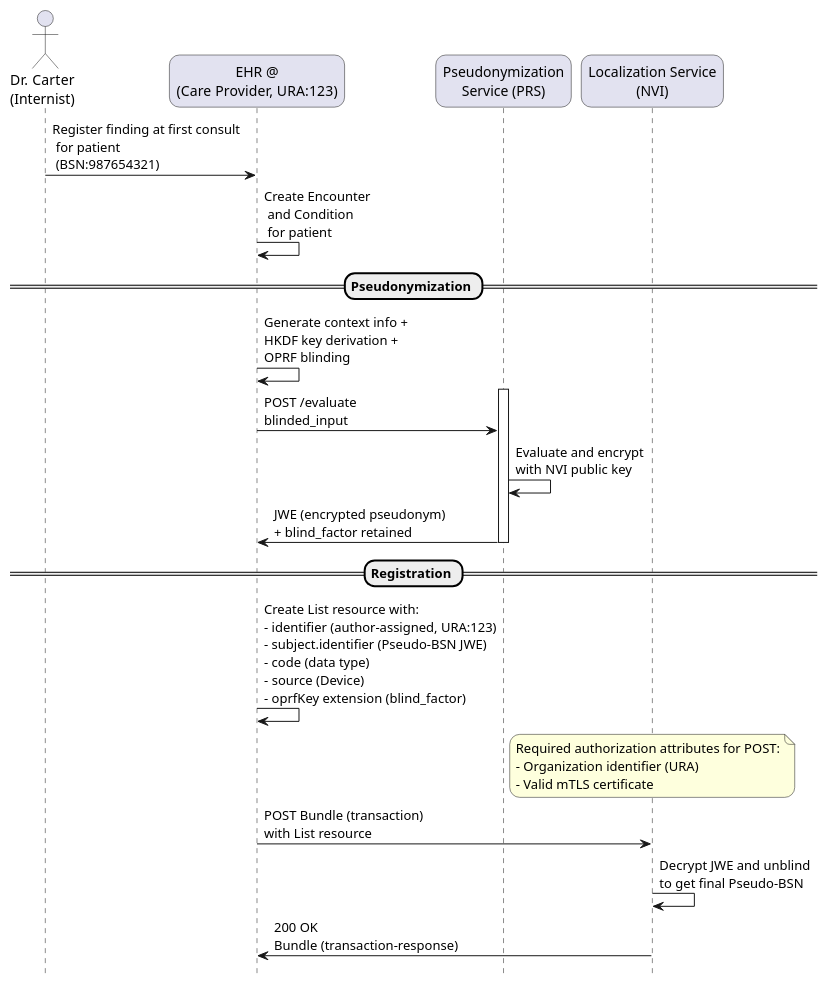
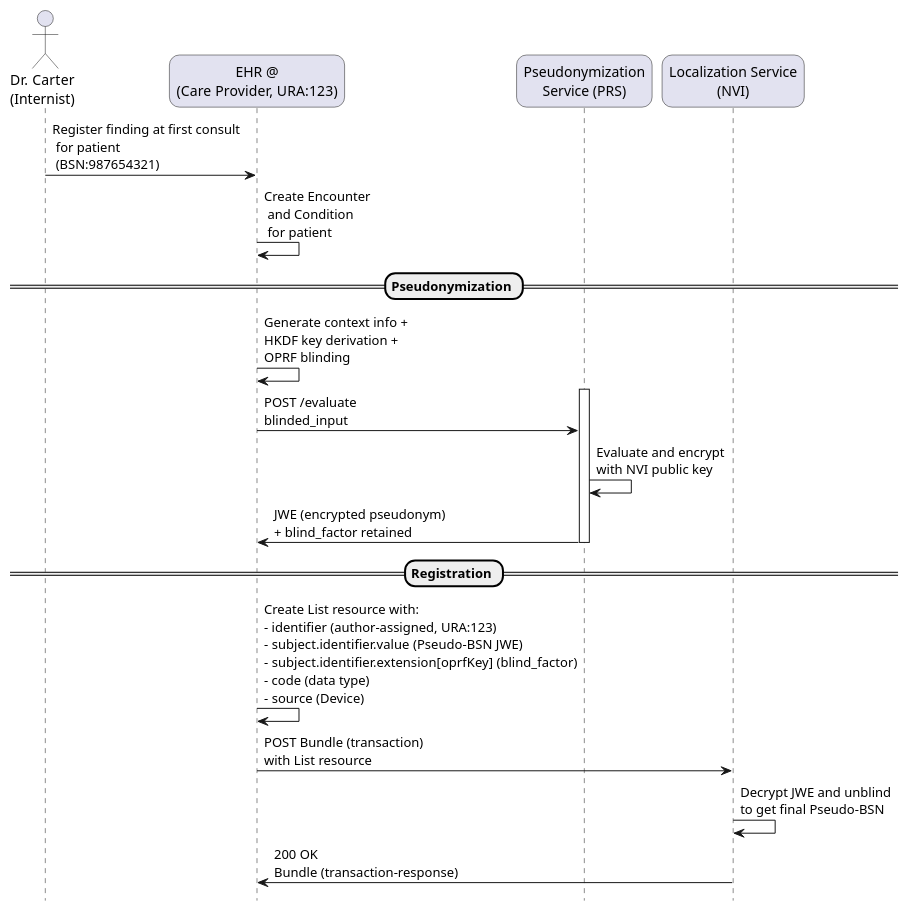
One commit to minvws/generiekefuncties-docs changed the diagram in input/images-source/localization-internist-registration.plantuml. Above: the diagram before and after it, drawn with PlantUML. The commit also changed 4 other files, not shown here.

```diff
--- a/input/images-source/localization-internist-registration.plantuml
+++ b/input/images-source/localization-internist-registration.plantuml
@@ -1,45 +1,39 @@
 @startuml localization-internist-registration
 
 skinparam roundcorner 20
 skinparam defaultFontName Arial 
 hide footbox
 
 !pragma teoz true
 
 actor "Dr. Carter\n(Internist)" as doctor
 participant "EHR @\n(Care Provider, URA:123)" as ehr
 participant "Pseudonymization\nService (PRS)" as prs
 participant "Localization Service\n(NVI)" as nvi
 
 doctor -> ehr: Register finding at first consult\n for patient\n (BSN:987654321)
 ehr -> ehr: Create Encounter\n and Condition\n for patient
 
 == Pseudonymization ==
 
 ehr -> ehr: Generate context info +\nHKDF key derivation +\nOPRF blinding
 
 activate prs
 ehr -> prs: POST /evaluate\nblinded_input
 
 prs -> prs: Evaluate and encrypt\nwith NVI public key
 
 prs -> ehr: JWE (encrypted pseudonym)\n+ blind_factor retained
 deactivate prs
 
 == Registration ==
 
-ehr -> ehr: Create List resource with:\n- identifier (author-assigned, URA:123)\n- subject.identifier (Pseudo-BSN JWE)\n- code (data type)\n- source (Device)\n- oprfKey extension (blind_factor)
-
-note over nvi
-  Required authorization attributes for POST:
-  - Organization identifier (URA)
-  - Valid mTLS certificate
-end note
+ehr -> ehr: Create List resource with:\n- identifier (author-assigned, URA:123)\n- subject.identifier.value (Pseudo-BSN JWE)\n- subject.identifier.extension[oprfKey] (blind_factor)\n- code (data type)\n- source (Device)
 
 ehr -> nvi: POST Bundle (transaction)\nwith List resource
 
 nvi -> nvi: Decrypt JWE and unblind\nto get final Pseudo-BSN
 
 nvi -> ehr: 200 OK\nBundle (transaction-response)
 
 @enduml
```
